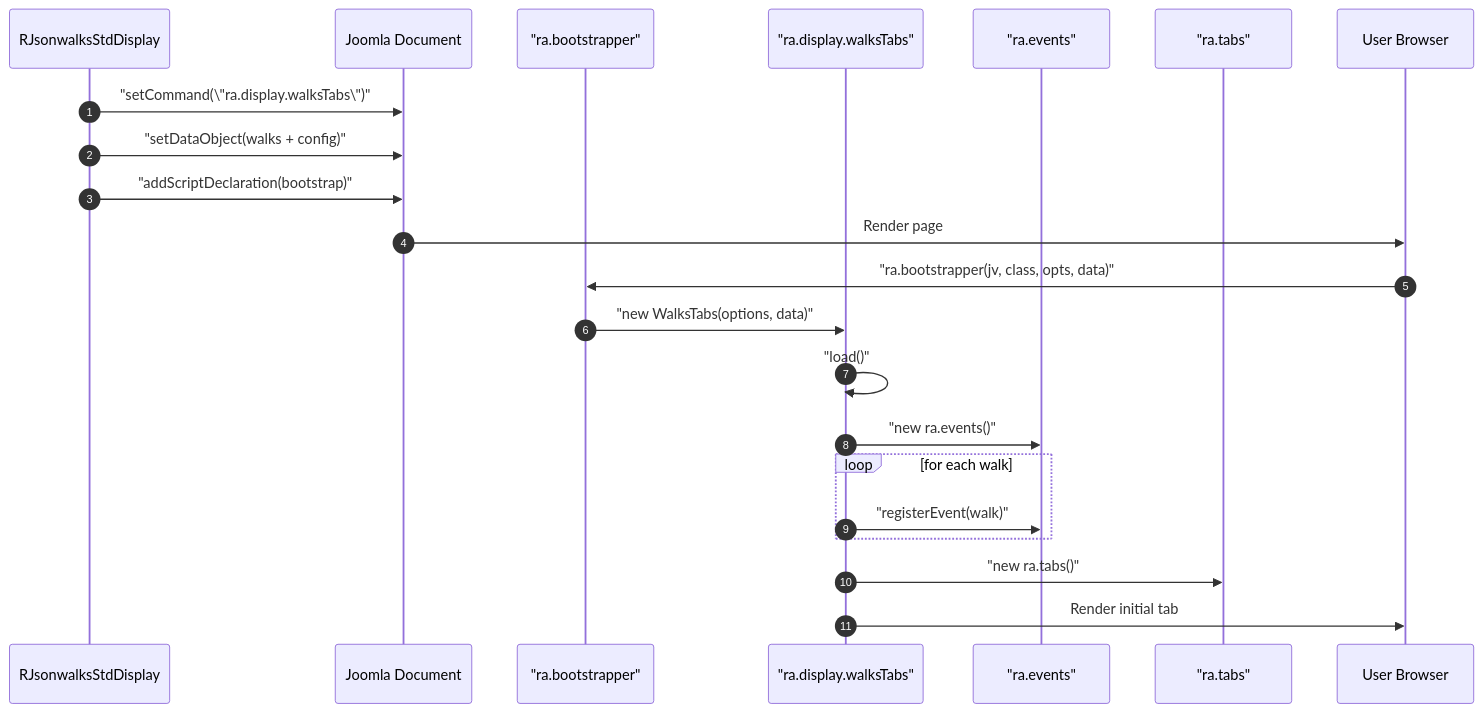
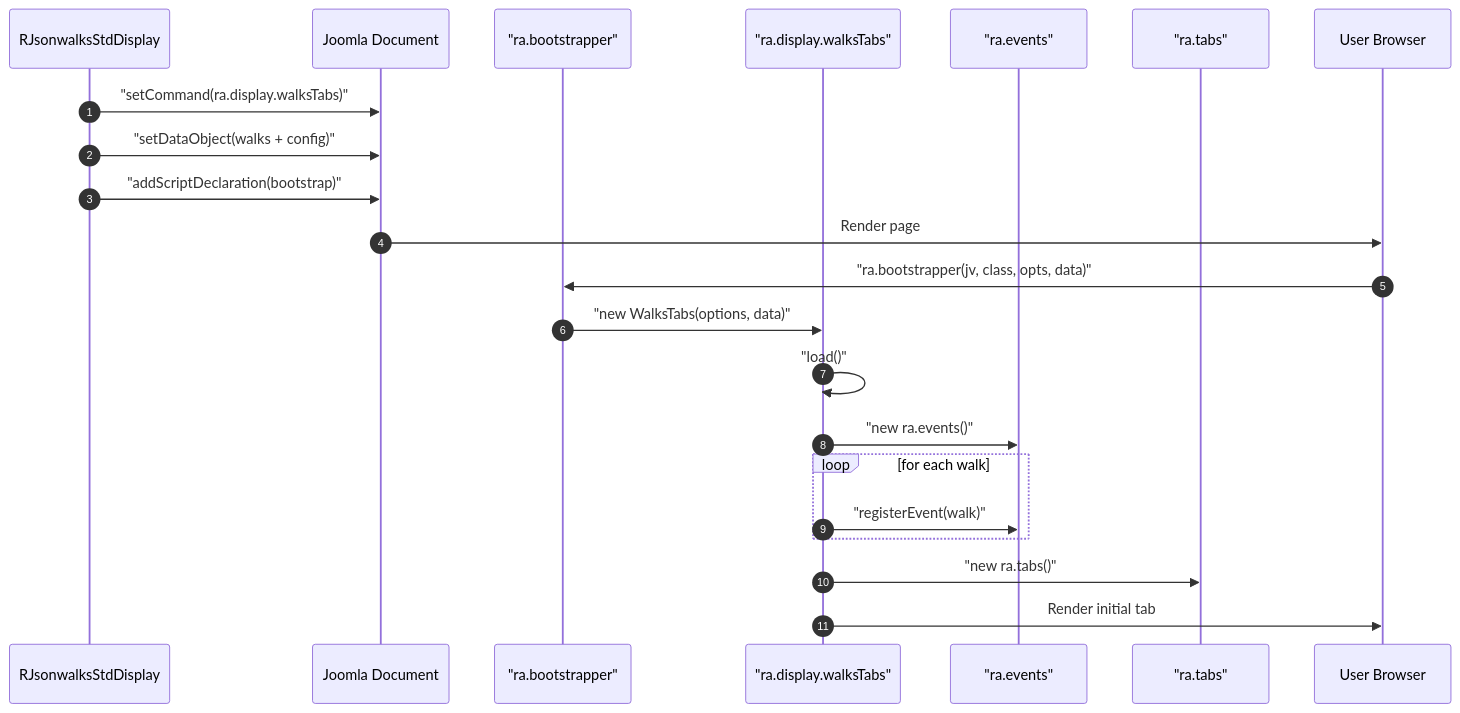
Before and after one commit to pauljrhodes/ramblers-library: the second of 5 diagrams in media/jsonwalks/HLD.md, drawn with Mermaid. The commit also changed other lines of this file and 32 other files, not shown here.

Commit message:
Fix Mermaid diagrams for GitHub rendering

````diff
--- a/media/jsonwalks/HLD.md
+++ b/media/jsonwalks/HLD.md
@@ -195,25 +195,25 @@
 ```mermaid
 sequenceDiagram
     autonumber
     participant PHP as RJsonwalksStdDisplay
     participant Doc as Joomla Document
     participant Bootstrap as "ra.bootstrapper"
     participant WalksTabs as "ra.display.walksTabs"
     participant Events as "ra.events"
     participant Tabs as "ra.tabs"
     participant User as User Browser
 
-    PHP->>Doc: "setCommand(\"ra.display.walksTabs\")"
+    PHP->>Doc: "setCommand(ra.display.walksTabs)"
     PHP->>Doc: "setDataObject(walks + config)"
     PHP->>Doc: "addScriptDeclaration(bootstrap)"
     Doc->>User: Render page
     User->>Bootstrap: "ra.bootstrapper(jv, class, opts, data)"
     Bootstrap->>WalksTabs: "new WalksTabs(options, data)"
     WalksTabs->>WalksTabs: "load()"
     WalksTabs->>Events: "new ra.events()"
     loop for each walk
         WalksTabs->>Events: "registerEvent(walk)"
     end
     WalksTabs->>Tabs: "new ra.tabs()"
     WalksTabs->>User: Render initial tab
 ```
````
